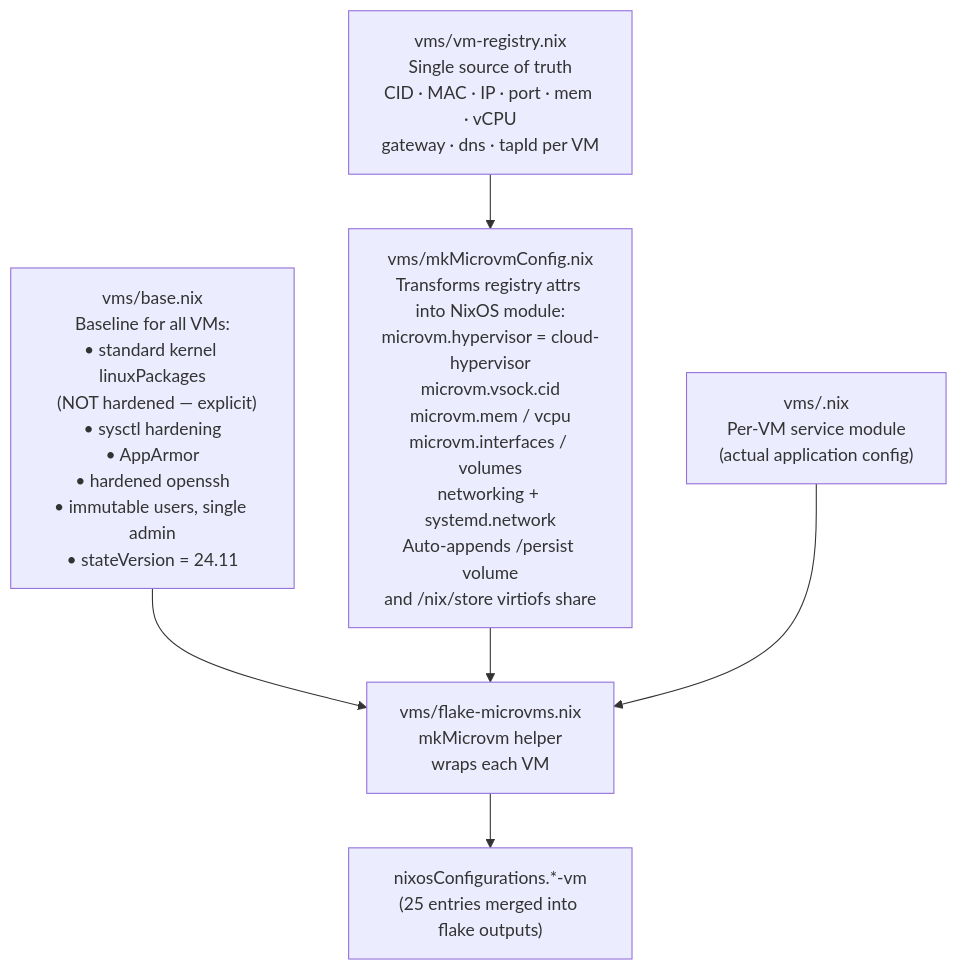
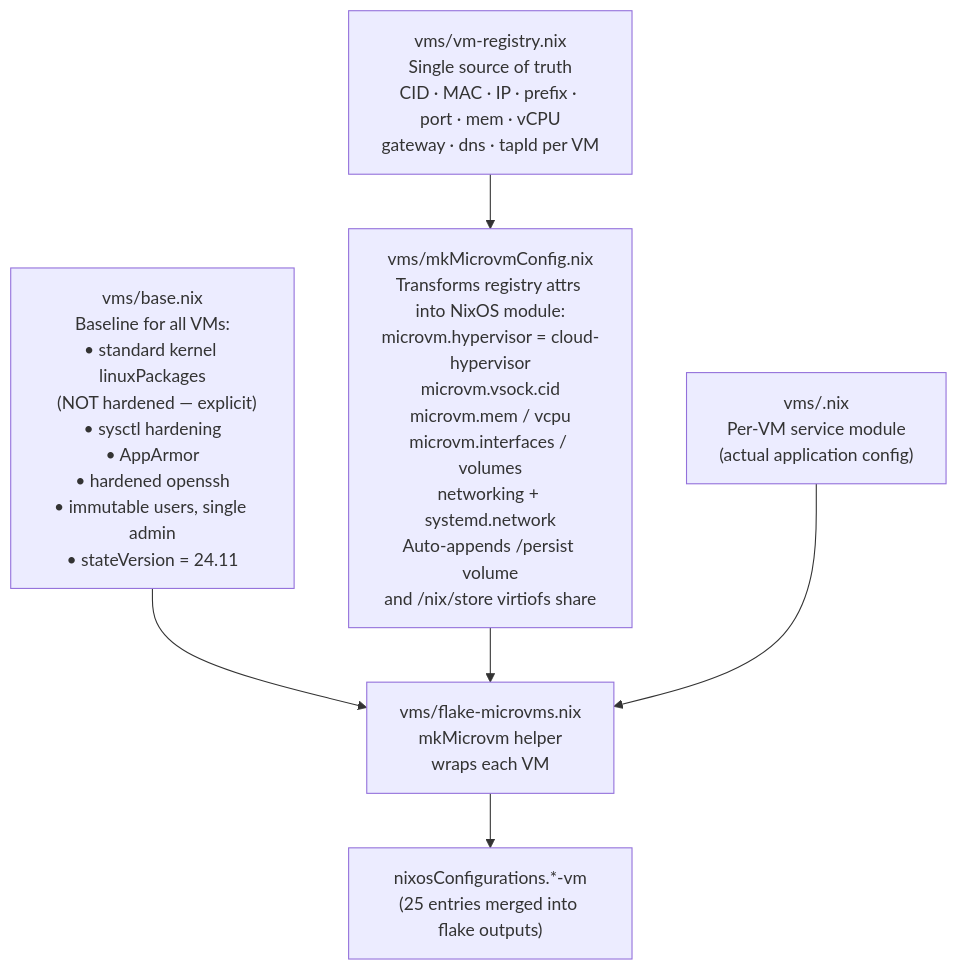
One commit to telometto/nix-config changed the ninth of 10 diagrams in docs/Project_Architecture_Blueprint.md. Above: the diagram before and after it, drawn with Mermaid. The commit also changed other lines of this file and 1 other file, not shown here.

````diff
--- a/docs/Project_Architecture_Blueprint.md
+++ b/docs/Project_Architecture_Blueprint.md
@@ -360,15 +360,15 @@
 ```mermaid
 flowchart TD
-    REG["vms/vm-registry.nix\nSingle source of truth\nCID · MAC · IP · port · mem · vCPU\ngateway · dns · tapId per VM"]
+    REG["vms/vm-registry.nix\nSingle source of truth\nCID · MAC · IP · prefix · port · mem · vCPU\ngateway · dns · tapId per VM"]
     BASE["vms/base.nix\nBaseline for all VMs:\n• standard kernel linuxPackages\n  (NOT hardened — explicit)\n• sysctl hardening\n• AppArmor\n• hardened openssh\n• immutable users, single admin\n• stateVersion = 24.11"]
     MK["vms/mkMicrovmConfig.nix\nTransforms registry attrs into NixOS module:\nmicrovm.hypervisor = cloud-hypervisor\nmicrovm.vsock.cid\nmicrovm.mem / vcpu\nmicrovm.interfaces / volumes\nnetworking + systemd.network\nAuto-appends /persist volume\nand /nix/store virtiofs share"]
     SVC["vms/<name>.nix\nPer-VM service module\n(actual application config)"]
     FM["vms/flake-microvms.nix\nmkMicrovm helper\nwraps each VM"]
     OUT["nixosConfigurations.*-vm\n(25 entries merged into flake outputs)"]
 
     REG --> MK
     BASE --> FM
     MK --> FM
     SVC --> FM
     FM --> OUT
 ```
````
